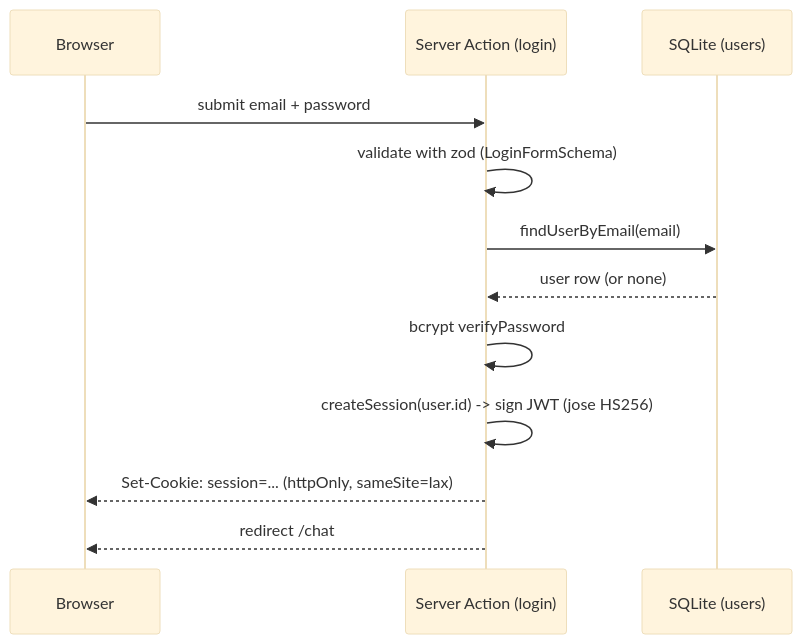
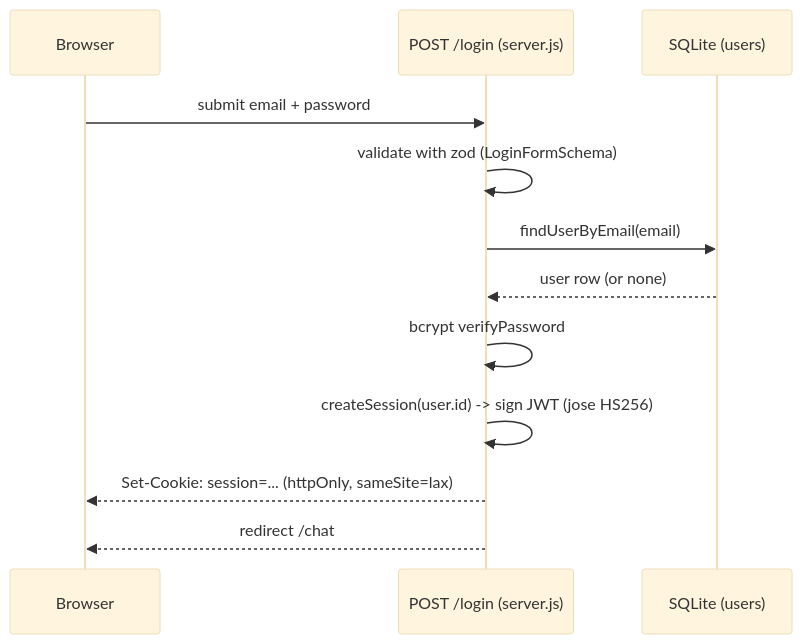
The first of 2 diagrams in docs/AUTH.md (akashh94/akapal-geap-chat-portal), drawn with Mermaid (base theme) before and after one commit. The commit also changed other lines of this file and 7 other files, not shown here.

````diff
--- a/docs/AUTH.md
+++ b/docs/AUTH.md
@@ -6,14 +6,14 @@
 ```mermaid
 sequenceDiagram
   participant U as Browser
-  participant A as Server Action (login)
+  participant A as POST /login (server.js)
   participant DB as SQLite (users)
   U->>A: submit email + password
   A->>A: validate with zod (LoginFormSchema)
   A->>DB: findUserByEmail(email)
   DB-->>A: user row (or none)
   A->>A: bcrypt verifyPassword
   A->>A: createSession(user.id) -> sign JWT (jose HS256)
   A-->>U: Set-Cookie: session=... (httpOnly, sameSite=lax)
   A-->>U: redirect /chat
 ```
````
